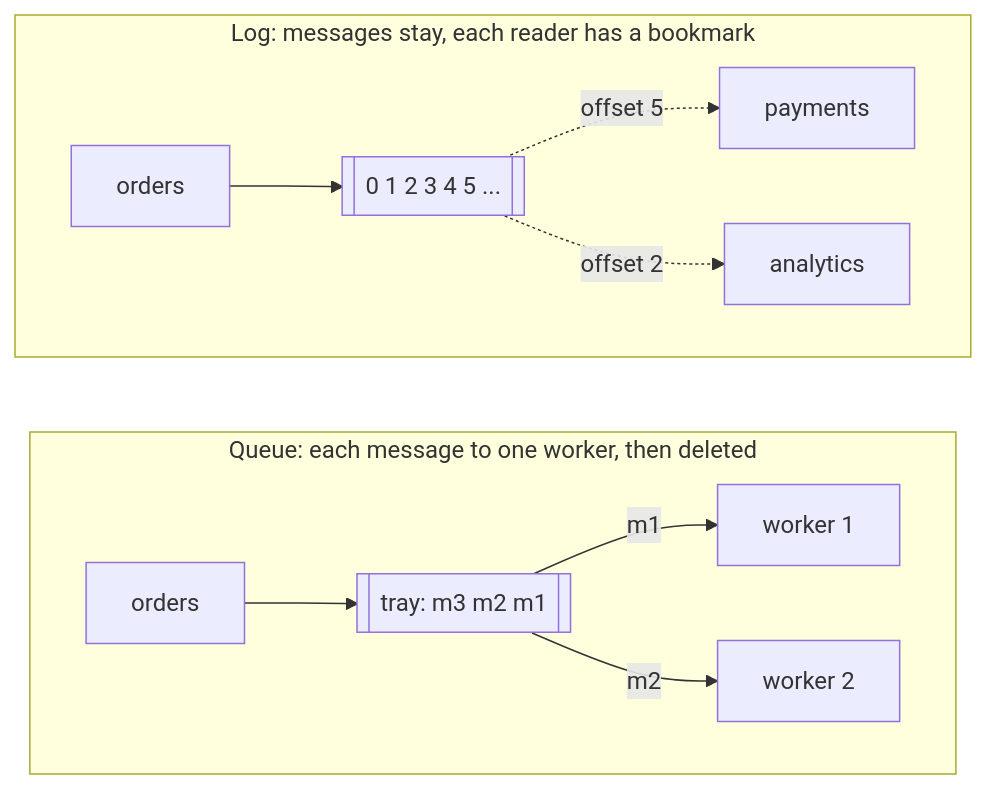
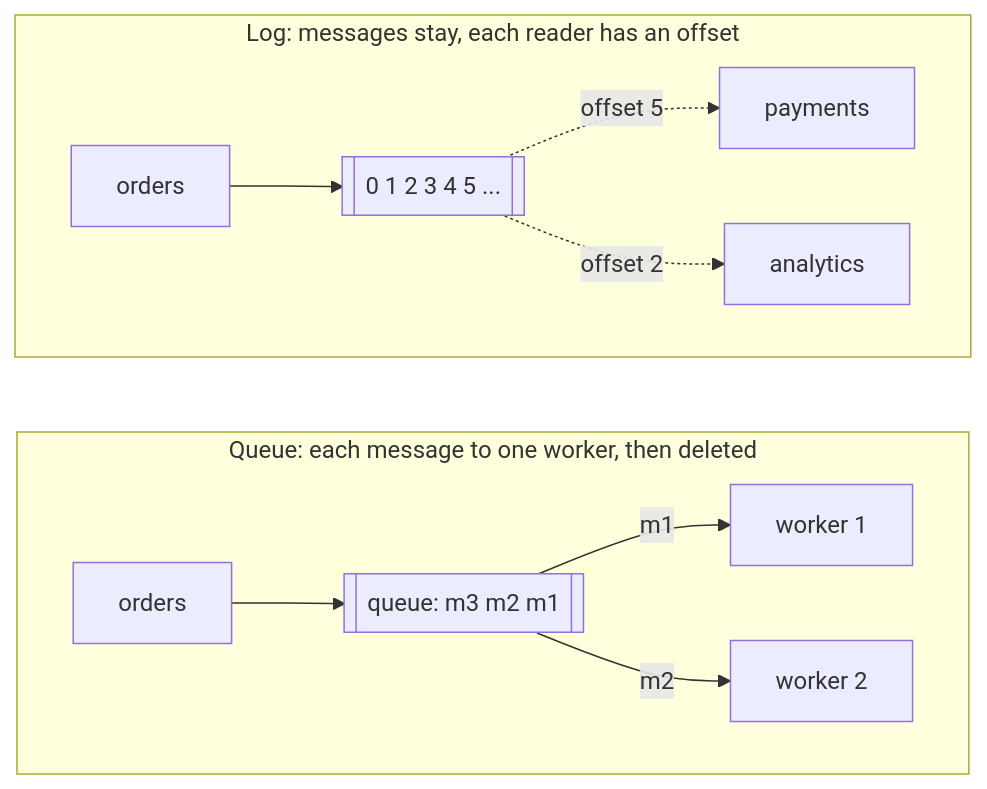
Before and after one commit to johankees/software-engineering-tutor: the first of 3 diagrams in docs/distributed-systems/messaging.md, drawn with Mermaid. The commit also changed other lines of this file and 118 other files, not shown here.

````diff
--- a/docs/distributed-systems/messaging.md
+++ b/docs/distributed-systems/messaging.md
@@ -23,15 +23,15 @@
 ```mermaid
 flowchart LR
     subgraph Q ["Queue: each message to one worker, then deleted"]
         direction LR
-        P1[orders] --> T[["tray: m3 m2 m1"]]
+        P1[orders] --> T[["queue: m3 m2 m1"]]
         T -->|m1| W1[worker 1]
         T -->|m2| W2[worker 2]
     end
-    subgraph L ["Log: messages stay, each reader has a bookmark"]
+    subgraph L ["Log: messages stay, each reader has an offset"]
         direction LR
         P2[orders] --> D[["0 1 2 3 4 5 ..."]]
         D -.->|offset 5| R1[payments]
         D -.->|offset 2| R2[analytics]
     end
 ```
````
